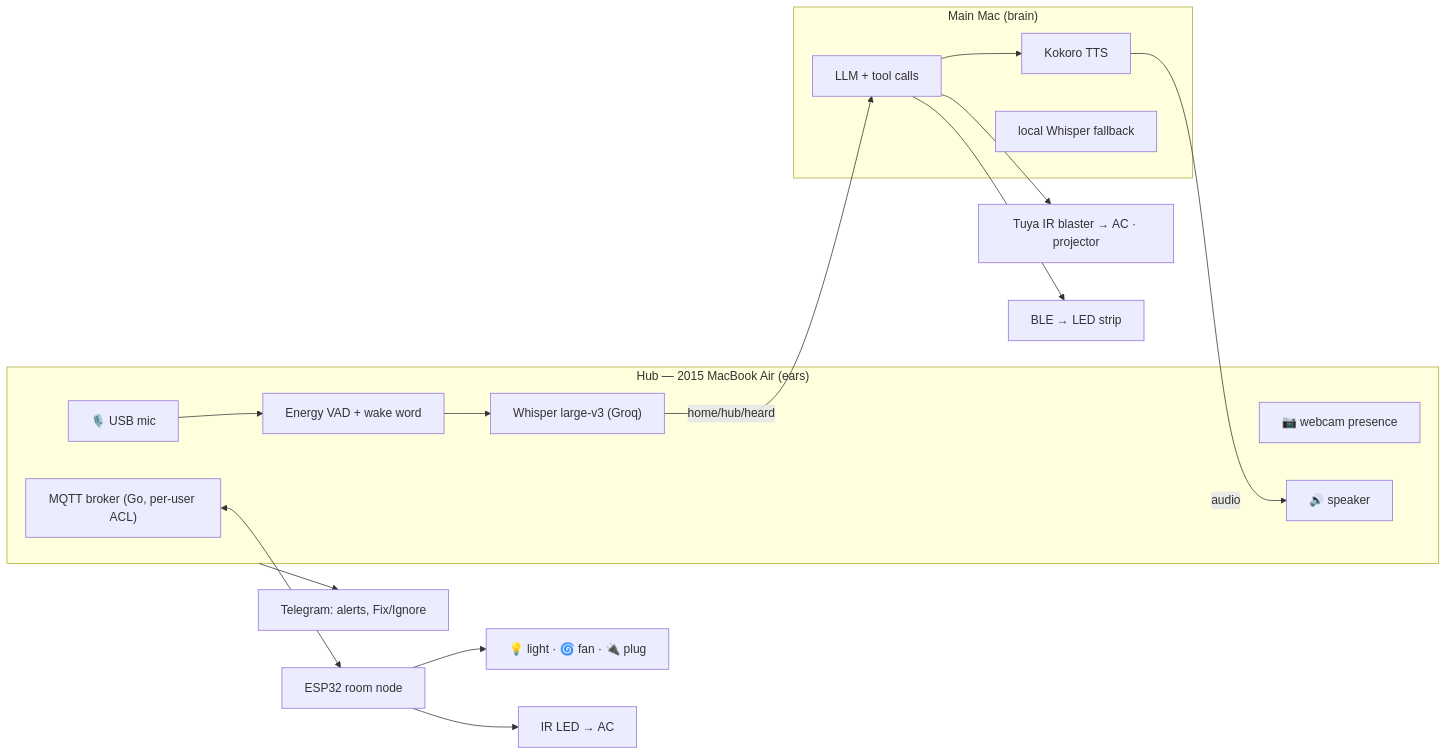
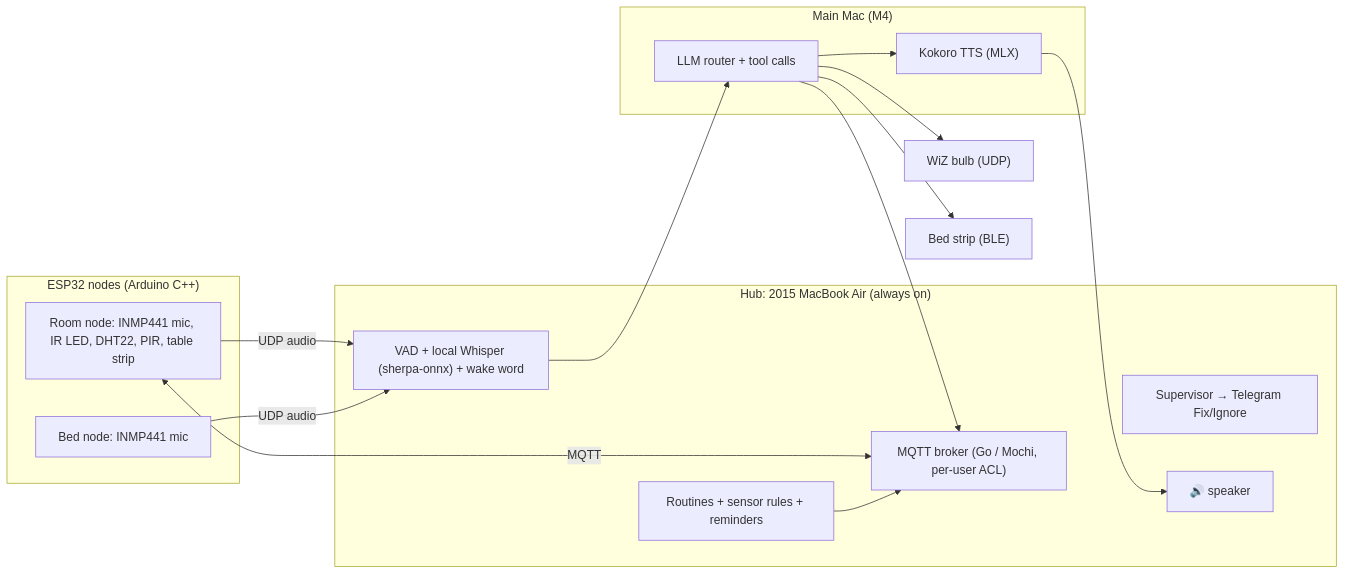
Before and after one commit to anishkb-dev/nova-voice-assistant: the diagram in README.md, drawn with Mermaid. The commit also changed other lines of this file and 1 other file, not shown here.

````diff
--- a/README.md
+++ b/README.md
@@ -21,22 +21,26 @@
 ```mermaid
 flowchart LR
-  subgraph Hub["Hub — 2015 MacBook Air (ears)"]
-    Mic["🎙️ USB mic"] --> VAD["Energy VAD + wake word"]
-    VAD --> STT["Whisper large-v3 (Groq)"]
-    Cam["📷 webcam presence"]
-    Broker["MQTT broker (Go, per-user ACL)"]
+  subgraph Room["ESP32 nodes (Arduino C++)"]
+    Table["Room node: INMP441 mic, IR LED, DHT22, PIR, table strip"]
+    Bed["Bed node: INMP441 mic"]
+  end
+  subgraph Hub["Hub: 2015 MacBook Air (always on)"]
+    STT["VAD + local Whisper (sherpa-onnx) + wake word"]
+    Auto["Routines + sensor rules + reminders"]
+    Broker["MQTT broker (Go / Mochi, per-user ACL)"]
+    Sup["Supervisor → Telegram Fix/Ignore"]
     Spk["🔊 speaker"]
   end
-  subgraph Mac["Main Mac (brain)"]
-    LLM["LLM + tool calls"] --> TTS["Kokoro TTS"]
-    Fallback["local Whisper fallback"]
+  subgraph Mac["Main Mac (M4)"]
+    Brain["LLM router + tool calls"]
+    TTS["Kokoro TTS (MLX)"]
   end
-  STT -->|home/hub/heard| LLM
-  TTS -->|audio| Spk
-  Broker <--> ESP["ESP32 room node"]
-  ESP --> Relays["💡 light · 🌀 fan · 🔌 plug"]
-  ESP --> IR1["IR LED → AC"]
-  LLM --> IR2["Tuya IR blaster → AC · projector"]
-  LLM --> BLE["BLE → LED strip"]
-  Hub --> TG["Telegram: alerts, Fix/Ignore"]
+  Table -- "UDP audio" --> STT
+  Bed -- "UDP audio" --> STT
+  Table <-- "MQTT" --> Broker
+  STT --> Brain --> TTS --> Spk
+  Brain --> Broker
+  Auto --> Broker
+  Brain --> WiZ["WiZ bulb (UDP)"]
+  Brain --> BLE["Bed strip (BLE)"]
 ```
````
